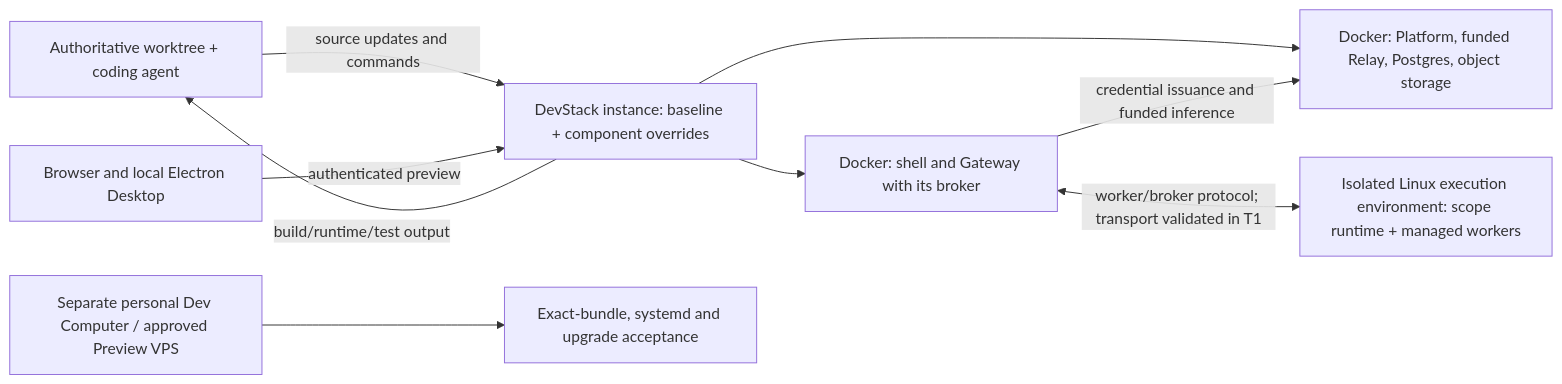
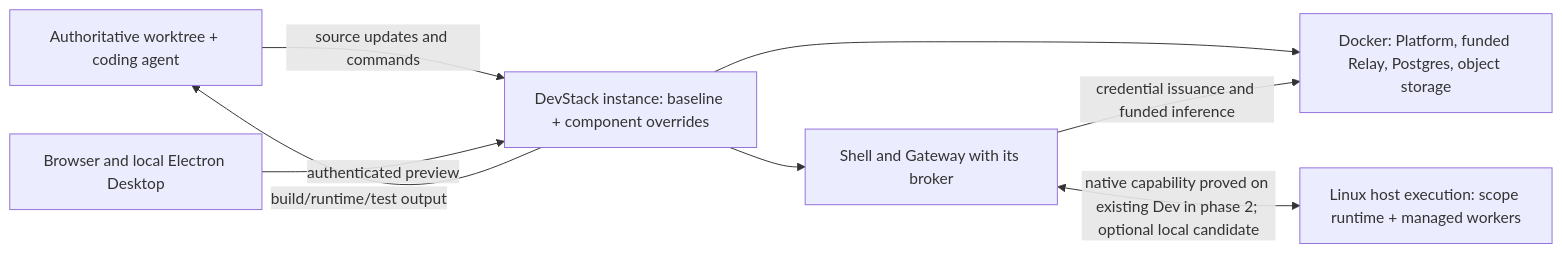
Before and after one commit to HamedMP/matrix-os: the second of 2 diagrams in specs/639-devstack/spec.md, drawn with Mermaid. The commit also changed other lines of this file, not shown here.

First line of the commit message:
docs(devstack): stage OrbStack, Dev acceptance and shared Linux

````diff
--- a/specs/639-devstack/spec.md
+++ b/specs/639-devstack/spec.md
@@ -59,11 +71,10 @@
 ```mermaid
 flowchart LR
   W["Authoritative worktree + coding agent"] -->|"source updates and commands"| D["DevStack instance: baseline + component overrides"]
   D -->|"build/runtime/test output"| W
   U["Browser and local Electron Desktop"] -->|"authenticated preview"| D
   D --> P["Docker: Platform, funded Relay, Postgres, object storage"]
-  D --> A["Docker: shell and Gateway with its broker"]
-  A <-->|"worker/broker protocol; transport validated in T1"| L["Isolated Linux execution environment: scope runtime + managed workers"]
+  D --> A["Shell and Gateway with its broker"]
+  A <-->|"native capability proved on existing Dev in phase 2; optional local candidate"| L["Linux host execution: scope runtime + managed workers"]
   A -->|"credential issuance and funded inference"| P
-  V["Separate personal Dev Computer / approved Preview VPS"] --> H["Exact-bundle, systemd and upgrade acceptance"]
 ```
````
